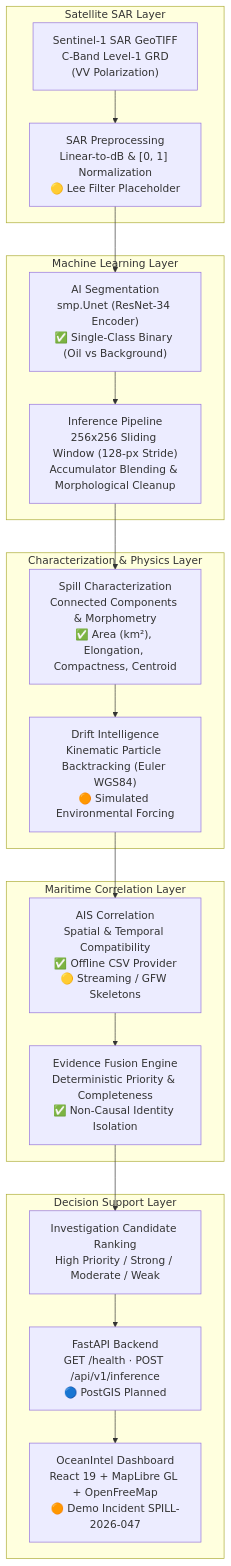
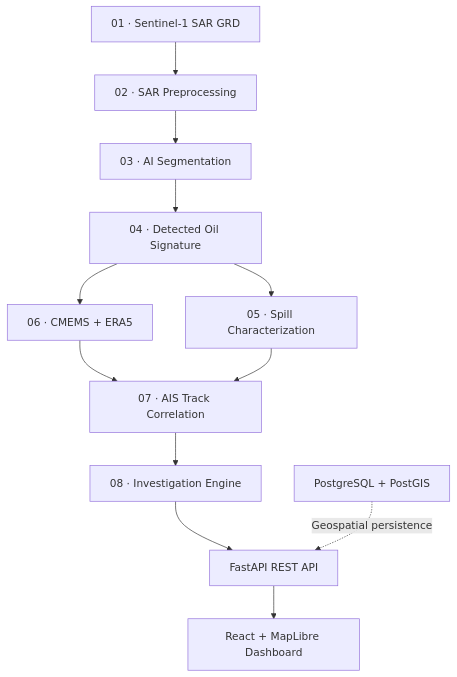
The diagram in README.md (VyomVadodariya/OIL-SPILL), drawn with Mermaid before and after one commit. The commit also changed other lines of this file, not shown here.

Commit message:
docs: Rewrite root README.md to concise OceanIntel master version

````diff
--- a/README.md
+++ b/README.md
@@ -28,27 +25,23 @@
 ```mermaid
 flowchart TD
-    subgraph S1["Satellite SAR Layer"]
-        A["Sentinel-1 SAR GeoTIFF\nC-Band Level-1 GRD\n(VV Polarization)"] --> B["SAR Preprocessing\nLinear-to-dB & [0, 1] Normalization\n🟡 Lee Filter Placeholder"]
-    end
 
-    subgraph S2["Machine Learning Layer"]
-        B --> C["AI Segmentation\nsmp.Unet (ResNet-34 Encoder)\n✅ Single-Class Binary (Oil vs Background)"]
-        C --> D["Inference Pipeline\n256x256 Sliding Window (128-px Stride)\nAccumulator Blending & Morphological Cleanup"]
-    end
+A["01 · Sentinel-1 SAR GRD"]
+B["02 · SAR Preprocessing"]
+C["03 · AI Segmentation"]
+D["04 · Detected Oil Signature"]
+E["05 · Spill Characterization"]
+F["06 · CMEMS + ERA5"]
+G["07 · AIS Track Correlation"]
+H["08 · Investigation Engine"]
 
-    subgraph S3["Characterization & Physics Layer"]
-        D --> E["Spill Characterization\nConnected Components & Morphometry\n✅ Area (km²), Elongation, Compactness, Centroid"]
-        E --> F["Drift Intelligence\nKinematic Particle Backtracking (Euler WGS84)\n🟠 Simulated Environmental Forcing"]
-    end
+A --> B --> C --> D --> E
+D --> F
+F --> G
+E --> G
+G --> H
 
-    subgraph S4["Maritime Correlation Layer"]
-        F --> G["AIS Correlation\nSpatial & Temporal Compatibility\n✅ Offline CSV Provider\n🟡 Streaming / GFW Skeletons"]
-        G --> H["Evidence Fusion Engine\nDeterministic Priority & Completeness\n✅ Non-Causal Identity Isolation"]
-    end
+H --> I["FastAPI REST API"]
+I --> J["React + MapLibre Dashboard"]
 
-    subgraph S5["Decision Support Layer"]
-        H --> I["Investigation Candidate Ranking\nHigh Priority / Strong / Moderate / Weak"]
-        I --> J["FastAPI Backend\nGET /health · POST /api/v1/inference\n🔵 PostGIS Planned"]
-        J --> K["OceanIntel Dashboard\nReact 19 + MapLibre GL + OpenFreeMap\n🟠 Demo Incident SPILL-2026-047"]
-    end
+K["PostgreSQL + PostGIS"] -. "Geospatial persistence" .-> I
 ```
````
